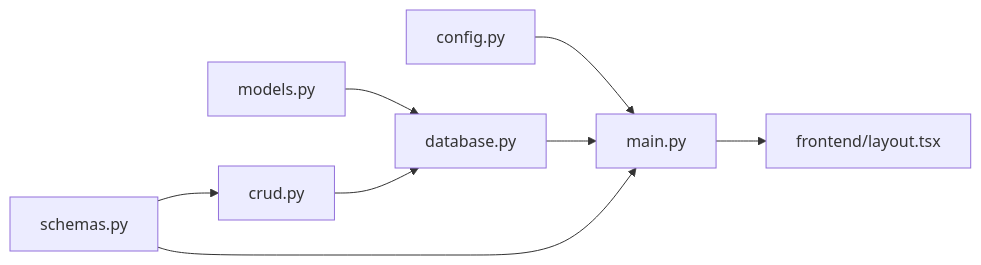
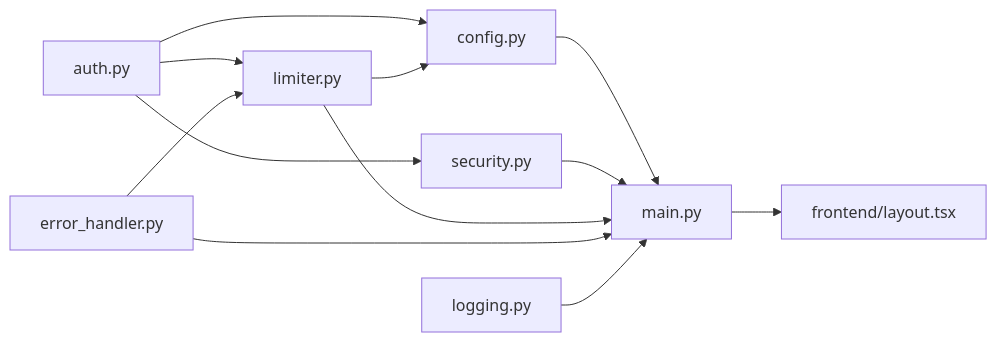
Before and after one commit to ss8806/Todos: the ninth of 9 diagrams in .qoder/repowiki/ja/content/セキュリティ.md, drawn with Mermaid. The commit also changed other lines of this file and 6 other files, not shown here.

````diff
--- a/.qoder/repowiki/ja/content/セキュリティ.md
+++ b/.qoder/repowiki/ja/content/セキュリティ.md
@@ -304,10 +355,14 @@
 ```mermaid
 graph LR
 CFG["config.py"] --> API["main.py"]
-DB["database.py"] --> API
-MD["models.py"] --> DB
-CR["crud.py"] --> DB
-SC["schemas.py"] --> API
-SC --> CR
+SEC["security.py"] --> API
+LIM["limiter.py"] --> API
+EH["error_handler.py"] --> API
+LOG["logging.py"] --> API
+AUTH["auth.py"] --> LIM
+AUTH --> SEC
+AUTH --> CFG
+LIM --> CFG
+EH --> LIM
 API --> FE["frontend/layout.tsx"]
 ```
````
